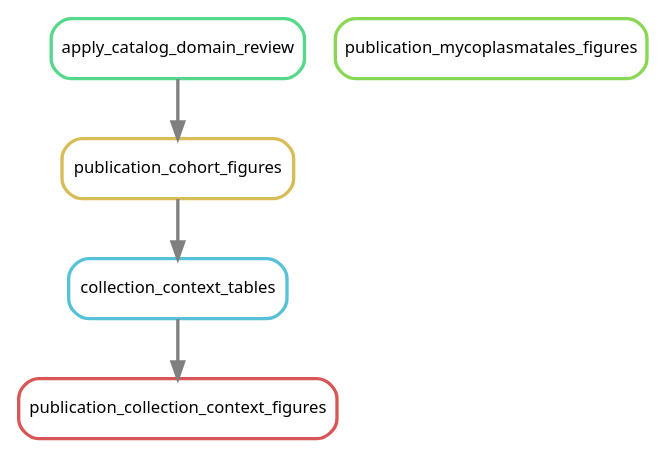
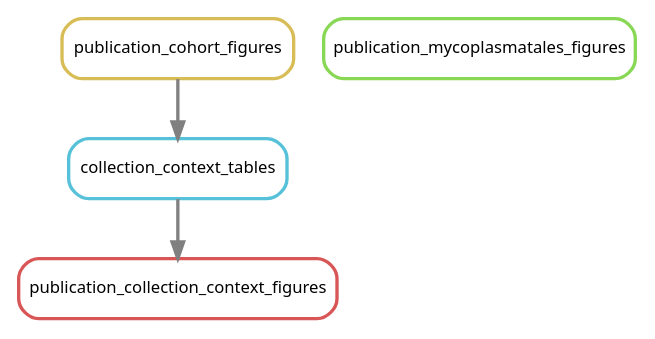
The diagram in docs/workflow/graphs/publication.dot (caseywdunn/siph-associates), drawn with Graphviz before and after one commit. The commit also changed 186 other files, not shown here.

```diff
--- a/docs/workflow/graphs/publication.dot
+++ b/docs/workflow/graphs/publication.dot
@@ -1,13 +1,11 @@
 digraph snakemake_dag {
     graph[bgcolor=white, margin=0];
     node[shape=box, style=rounded, fontname=sans,                 fontsize=10, penwidth=2];
     edge[penwidth=2, color=grey];
 	0[label = "publication_collection_context_figures", color = "0.00 0.6 0.85", style="rounded"];
 	1[label = "collection_context_tables", color = "0.53 0.6 0.85", style="rounded"];
 	2[label = "publication_cohort_figures", color = "0.13 0.6 0.85", style="rounded"];
-	3[label = "apply_catalog_domain_review", color = "0.40 0.6 0.85", style="rounded"];
-	4[label = "publication_mycoplasmatales_figures", color = "0.27 0.6 0.85", style="rounded"];
+	3[label = "publication_mycoplasmatales_figures", color = "0.27 0.6 0.85", style="rounded"];
 	1 -> 0
 	2 -> 1
-	3 -> 2
 }            
```
